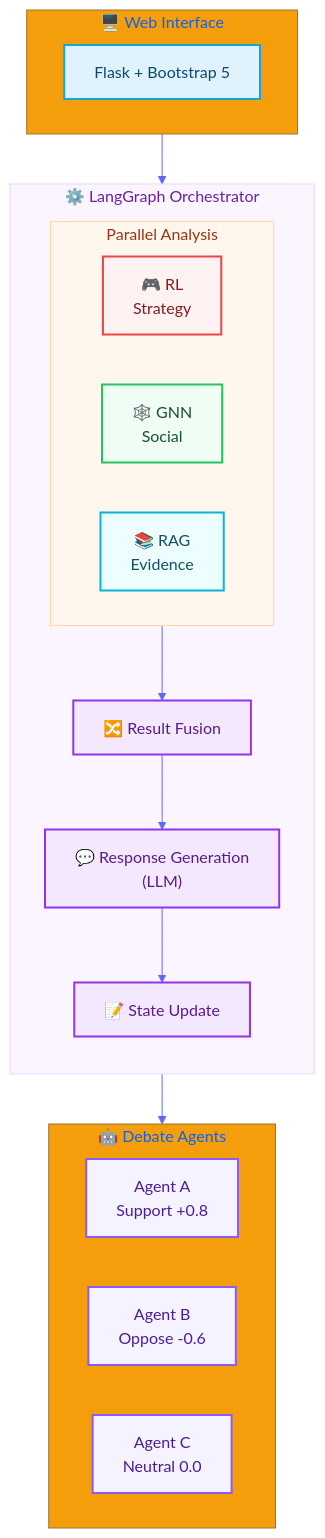
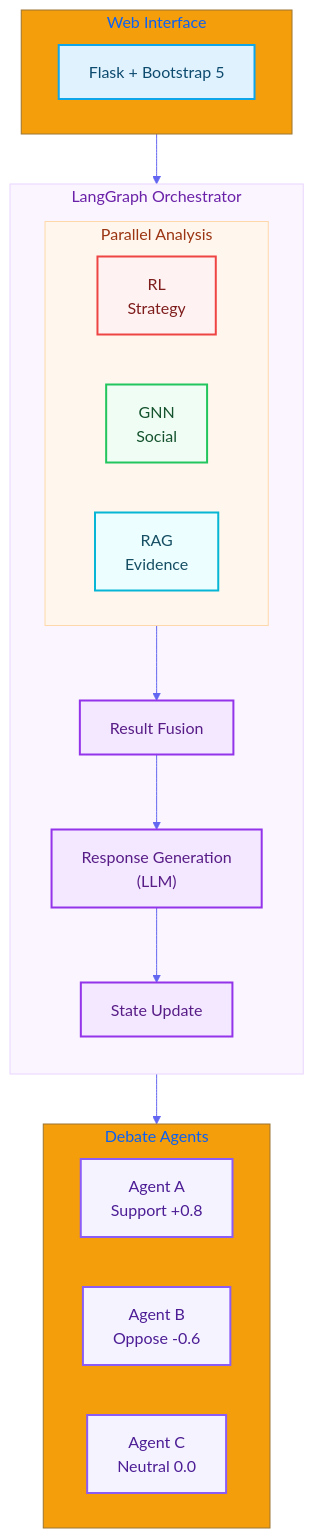
The first of 5 diagrams in docs/architecture/OVERVIEW.md (AluminumShark/Social-Debate-AI), drawn with Mermaid before and after one commit. The commit also changed other lines of this file and 32 other files, not shown here.

````diff
--- a/docs/architecture/OVERVIEW.md
+++ b/docs/architecture/OVERVIEW.md
@@ -11,47 +11,47 @@
 ```mermaid
 %%{init: {'theme': 'base', 'themeVariables': { 'primaryColor': '#4f46e5', 'primaryTextColor': '#fff', 'primaryBorderColor': '#4338ca', 'lineColor': '#6366f1', 'secondaryColor': '#10b981', 'tertiaryColor': '#f59e0b'}}}%%
 flowchart TB
     %% Styles
     classDef ui fill:#e0f2fe,stroke:#0ea5e9,stroke-width:2px,color:#0c4a6e;
     classDef orch fill:#f3e8ff,stroke:#9333ea,stroke-width:2px,color:#581c87;
     classDef parallel fill:#fff7ed,stroke:#f97316,stroke-width:2px,color:#7c2d12;
     classDef rl fill:#fef2f2,stroke:#ef4444,stroke-width:2px,color:#7f1d1d;
     classDef gnn fill:#f0fdf4,stroke:#22c55e,stroke-width:2px,color:#14532d;
     classDef rag fill:#ecfeff,stroke:#06b6d4,stroke-width:2px,color:#164e63;
     classDef agent fill:#f5f3ff,stroke:#8b5cf6,stroke-width:2px,color:#4c1d95;
 
-    subgraph UI["🖥️ Web Interface"]
+    subgraph UI[" Web Interface"]
         direction LR
         F["Flask + Bootstrap 5"]:::ui
     end
 
-    subgraph Orchestrator["⚙️ LangGraph Orchestrator"]
+    subgraph Orchestrator[" LangGraph Orchestrator"]
         direction TB
         
         subgraph Parallel["Parallel Analysis"]
             direction LR
-            RL["🎮 RL<br/>Strategy"]:::rl
-            GNN["🕸️ GNN<br/>Social"]:::gnn
-            RAG["📚 RAG<br/>Evidence"]:::rag
+            RL[" RL<br/>Strategy"]:::rl
+            GNN[" GNN<br/>Social"]:::gnn
+            RAG[" RAG<br/>Evidence"]:::rag
         end
 
-        Fuse["🔀 Result Fusion"]:::orch
-        Gen["💬 Response Generation<br/>(LLM)"]:::orch
-        Update["📝 State Update"]:::orch
+        Fuse[" Result Fusion"]:::orch
+        Gen[" Response Generation<br/>(LLM)"]:::orch
+        Update[" State Update"]:::orch
     end
 
-    subgraph Agents["🤖 Debate Agents"]
+    subgraph Agents[" Debate Agents"]
         direction LR
         A["Agent A<br/>Support +0.8"]:::agent
         B["Agent B<br/>Oppose -0.6"]:::agent
         C["Agent C<br/>Neutral 0.0"]:::agent
     end
 
     UI --> Orchestrator
     Parallel --> Fuse --> Gen --> Update
     Orchestrator --> Agents
     
     %% Style Subgraphs
     style Parallel fill:#fff7ed,stroke:#fed7aa,color:#9a3412
     style Orchestrator fill:#faf5ff,stroke:#e9d5ff,color:#6b21a8
 ```
````
